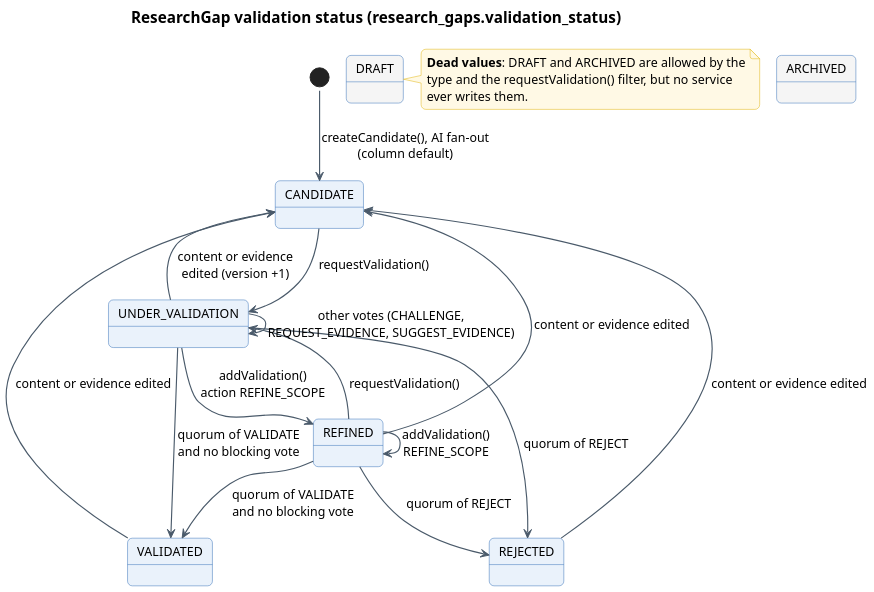
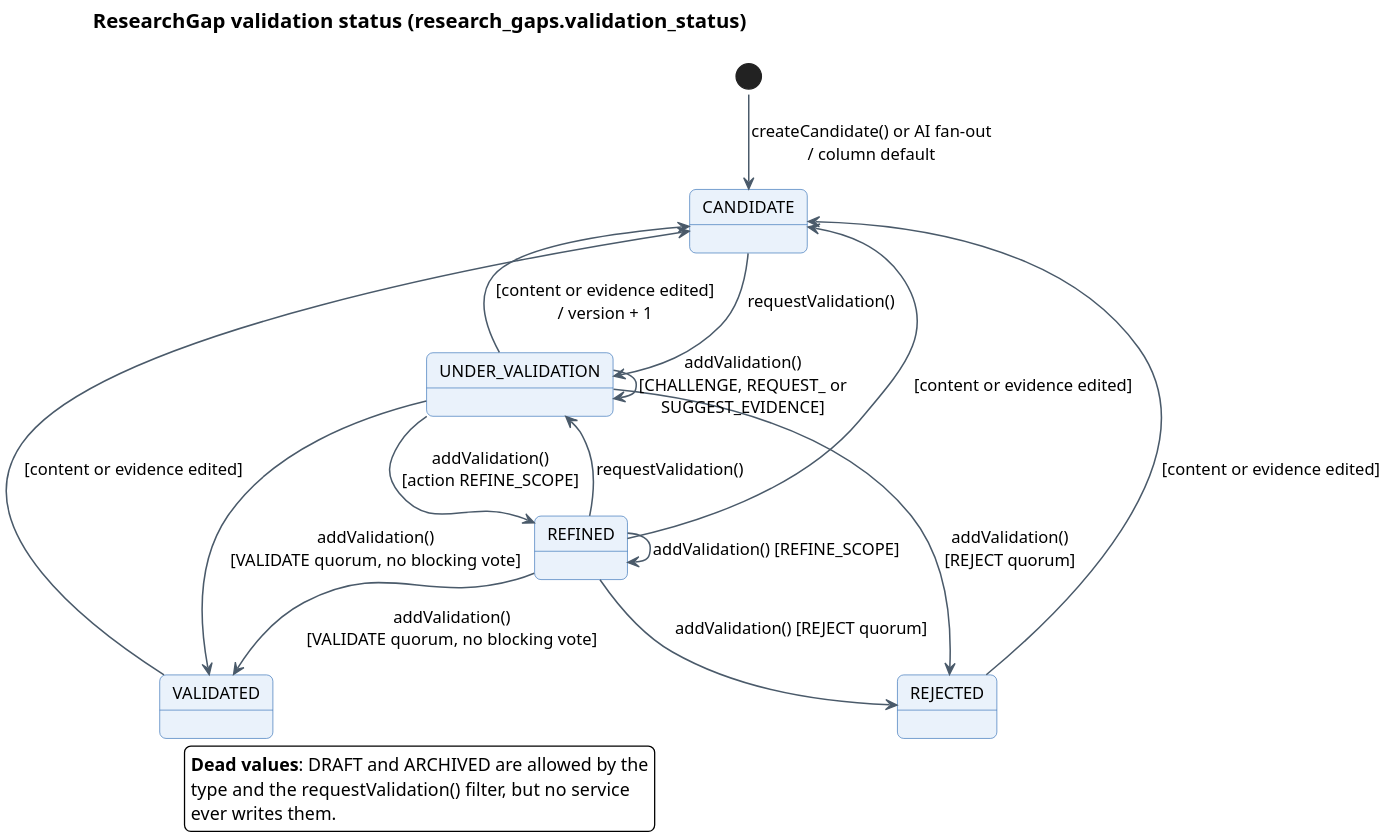
Before and after one commit to Khoa-Hoa-Technology-Solution-Company/lumi-gap: the diagram in docs/diagrams/report4/R4_State_ResearchGapValidation.puml, drawn with PlantUML. The commit also changed 327 other files, not shown here.

First line of the commit message:
docs: update report diagram sources to main ca8fe4d

```diff
--- a/docs/diagrams/report4/R4_State_ResearchGapValidation.puml
+++ b/docs/diagrams/report4/R4_State_ResearchGapValidation.puml
@@ -1,84 +1,82 @@
 @startuml
 !pragma layout smetana
-skinparam dpi 150
+skinparam dpi 200
 skinparam defaultFontName "Segoe UI"
 skinparam defaultFontSize 13
 skinparam shadowing false
 skinparam roundCorner 10
 skinparam ArrowColor #4A5A6A
 skinparam ArrowThickness 1.2
 skinparam BorderColor #2F6DB5
 skinparam BackgroundColor #FFFFFF
 skinparam TitleFontSize 16
 skinparam TitleFontStyle bold
 skinparam usecase {
   BackgroundColor #EAF2FB
   BorderColor #2F6DB5
 }
 skinparam actor {
   BackgroundColor #FFFFFF
   BorderColor #1B2A3A
 }
 skinparam class {
   BackgroundColor #F7FAFD
   BorderColor #2F6DB5
   HeaderBackgroundColor #DCE8F6
 }
 skinparam state {
   BackgroundColor #EAF2FB
   BorderColor #2F6DB5
 }
 skinparam activity {
   BackgroundColor #EAF2FB
   BorderColor #2F6DB5
   DiamondBackgroundColor #FFF4E5
 }
 skinparam swimlane {
   BorderColor #9DB3CC
   TitleBackgroundColor #DCE8F6
 }
 skinparam sequence {
   ParticipantBackgroundColor #EAF2FB
   ParticipantBorderColor #2F6DB5
   LifeLineBorderColor #9DB3CC
   GroupBackgroundColor #F4F7FA
 }
 skinparam package {
   BackgroundColor #F7F9FC
   BorderColor #9DB3CC
 }
 skinparam note {
   BackgroundColor #FFF9E5
   BorderColor #E0B200
 }
 skinparam entity {
   BackgroundColor #F7FAFD
   BorderColor #2F6DB5
 }
 skinparam rectangle {
   BackgroundColor #F7F9FC
   BorderColor #2F6DB5
 }
 title ResearchGap validation status (research_gaps.validation_status)
-[*] --> CANDIDATE : createCandidate(), AI fan-out\n(column default)
+[*] --> CANDIDATE : createCandidate() or AI fan-out\n/ column default
 CANDIDATE --> UNDER_VALIDATION : requestValidation()
 REFINED --> UNDER_VALIDATION : requestValidation()
-UNDER_VALIDATION --> REFINED : addValidation()\naction REFINE_SCOPE
-REFINED --> REFINED : addValidation()\nREFINE_SCOPE
-UNDER_VALIDATION --> VALIDATED : quorum of VALIDATE\nand no blocking vote
-UNDER_VALIDATION --> REJECTED : quorum of REJECT
-REFINED --> VALIDATED : quorum of VALIDATE\nand no blocking vote
-REFINED --> REJECTED : quorum of REJECT
-UNDER_VALIDATION --> UNDER_VALIDATION : other votes (CHALLENGE,\nREQUEST_EVIDENCE, SUGGEST_EVIDENCE)
-UNDER_VALIDATION --> CANDIDATE : content or evidence\nedited (version +1)
-REFINED --> CANDIDATE : content or evidence edited
-VALIDATED --> CANDIDATE : content or evidence edited
-REJECTED --> CANDIDATE : content or evidence edited
-state DRAFT #F5F5F5
-state ARCHIVED #F5F5F5
-note right of DRAFT
+UNDER_VALIDATION --> REFINED : addValidation()\n[action REFINE_SCOPE]
+REFINED --> REFINED : addValidation() [REFINE_SCOPE]
+UNDER_VALIDATION --> VALIDATED : addValidation()\n[VALIDATE quorum, no blocking vote]
+UNDER_VALIDATION --> REJECTED : addValidation()\n[REJECT quorum]
+REFINED --> VALIDATED : addValidation()\n[VALIDATE quorum, no blocking vote]
+REFINED --> REJECTED : addValidation() [REJECT quorum]
+UNDER_VALIDATION --> UNDER_VALIDATION : addValidation()\n[CHALLENGE, REQUEST_ or\nSUGGEST_EVIDENCE]
+UNDER_VALIDATION --> CANDIDATE : [content or evidence edited]\n/ version + 1
+REFINED --> CANDIDATE : [content or evidence edited]
+VALIDATED --> CANDIDATE : [content or evidence edited]
+REJECTED --> CANDIDATE : [content or evidence edited]
+legend bottom
   <b>Dead values</b>: DRAFT and ARCHIVED are allowed by the
   type and the requestValidation() filter, but no service
   ever writes them.
-end note
+endlegend
 @enduml
```
